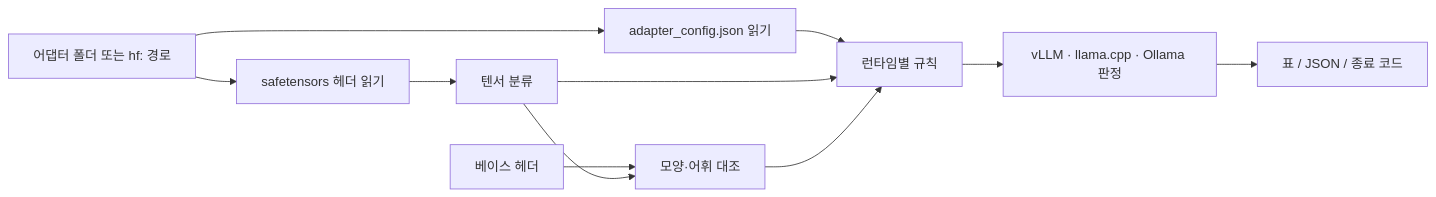
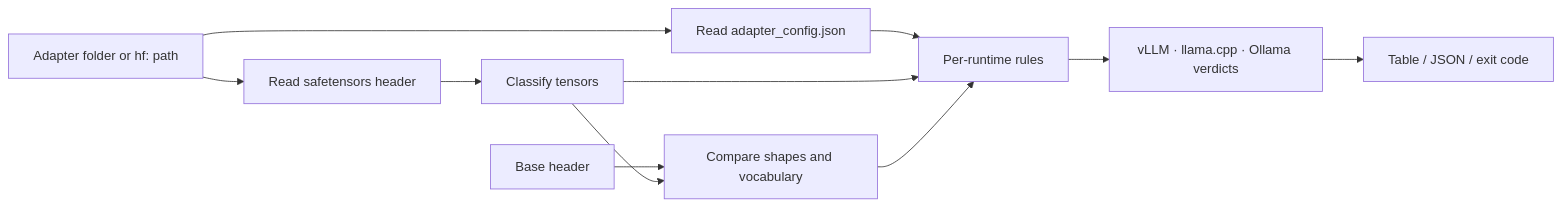
One commit to LeeGyeongPil/lora-preflight changed the diagram in README.md. Above: the diagram before and after it, drawn with Mermaid. The commit also changed other lines of this file and 2 other files, not shown here.

````diff
--- a/README.md
+++ b/README.md
@@ -151,13 +149,13 @@
 ```mermaid
 flowchart LR
-  A[어댑터 폴더 또는 hf: 경로] --> B[adapter_config.json 읽기]
-  A --> C[safetensors 헤더 읽기]
-  C --> F[텐서 분류]
-  B --> H[런타임별 규칙]
+  A["Adapter folder or hf: path"] --> B["Read adapter_config.json"]
+  A --> C["Read safetensors header"]
+  C --> F["Classify tensors"]
+  B --> H["Per-runtime rules"]
   F --> H
-  E[베이스 헤더] --> G[모양·어휘 대조]
+  E["Base header"] --> G["Compare shapes and vocabulary"]
   F --> G
   G --> H
-  H --> I[vLLM · llama.cpp · Ollama 판정]
-  I --> J[표 / JSON / 종료 코드]
+  H --> I["vLLM · llama.cpp · Ollama verdicts"]
+  I --> J["Table / JSON / exit code"]
 ```
````
